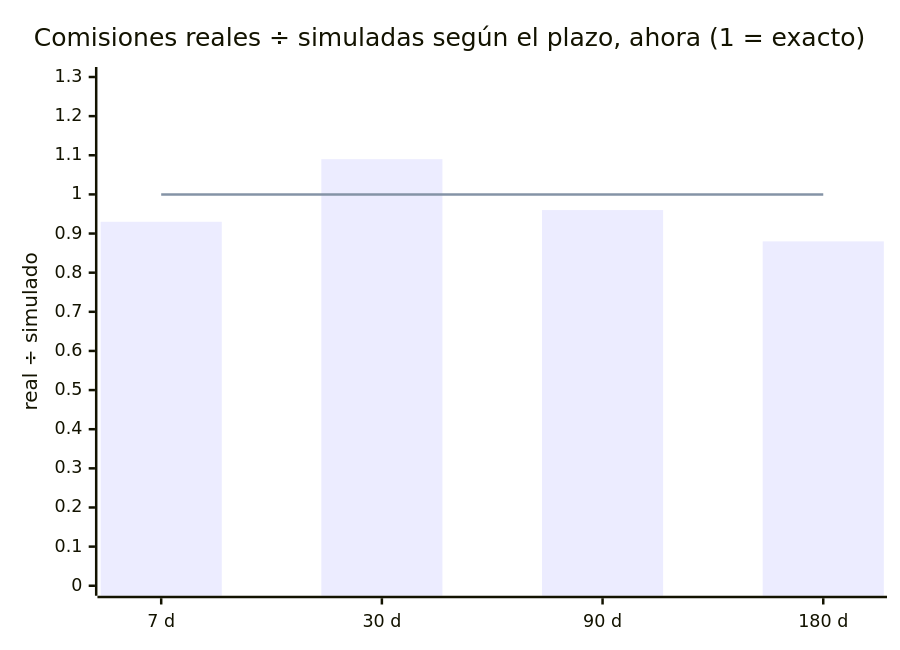
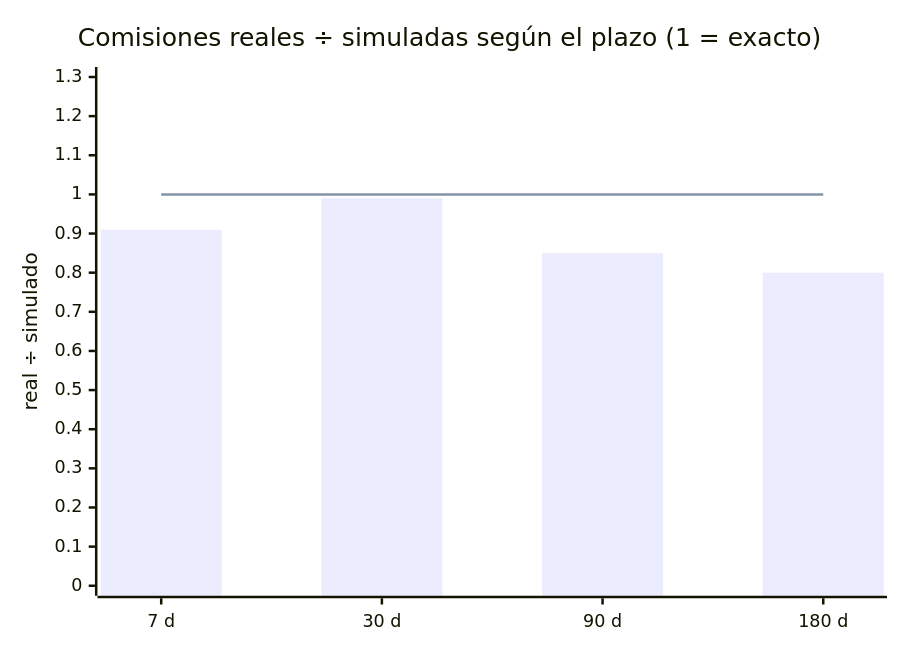
One commit to Caiico1/etapas-weinstein changed the seventh of 7 diagrams in Guia Simulador.md. Above: the diagram before and after it, drawn with Mermaid. The commit also changed other lines of this file and 12 other files, not shown here.

````diff
--- a/Guia Simulador.md
+++ b/Guia Simulador.md
@@ -465,8 +489,8 @@
 ```mermaid
 xychart-beta
-    title "Comisiones reales ÷ simuladas según el plazo, ahora (1 = exacto)"
+    title "Comisiones reales ÷ simuladas según el plazo (1 = exacto)"
     x-axis ["7 d", "30 d", "90 d", "180 d"]
     y-axis "real ÷ simulado" 0 --> 1.3
-    bar [0.93, 1.09, 0.96, 0.88]
+    bar [0.91, 0.99, 0.85, 0.80]
     line [1, 1, 1, 1]
 ```
````
